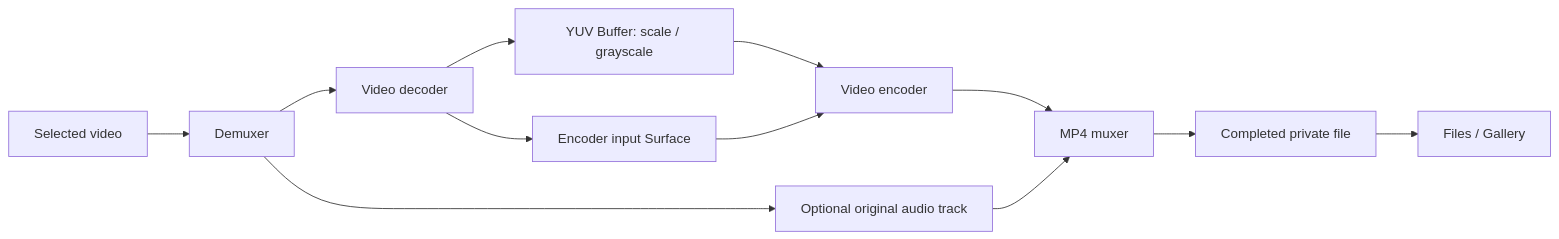
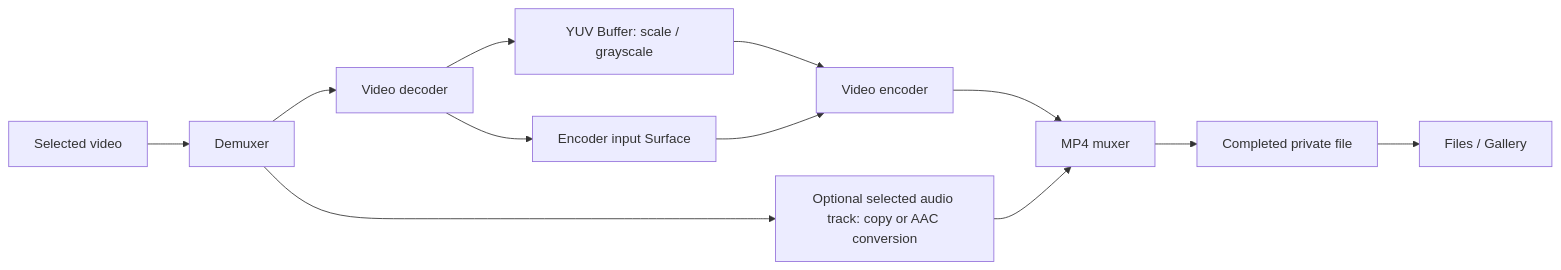
One commit to eclipse-oniro-mirrors/applications_app_samples changed the diagram in code/DocsSample/Media/AVCodec/AVCodec/README.md. Above: the diagram before and after it, drawn with Mermaid. The commit also changed other lines of this file and 23 other files, not shown here.

````diff
--- a/code/DocsSample/Media/AVCodec/AVCodec/README.md
+++ b/code/DocsSample/Media/AVCodec/AVCodec/README.md
@@ -180,14 +184,14 @@
 ```mermaid
 flowchart LR
   Source[Selected video] --> Demux[Demuxer]
   Demux --> Decoder[Video decoder]
   Decoder --> Buffer[YUV Buffer: scale / grayscale]
   Buffer --> Encoder[Video encoder]
   Decoder --> Surface[Encoder input Surface]
   Surface --> Encoder
   Encoder --> Mux[MP4 muxer]
-  Demux --> Audio[Optional original audio track]
+  Demux --> Audio[Optional selected audio track: copy or AAC conversion]
   Audio --> Mux
   Mux --> Result[Completed private file]
   Result --> Export[Files / Gallery]
 ```
````
